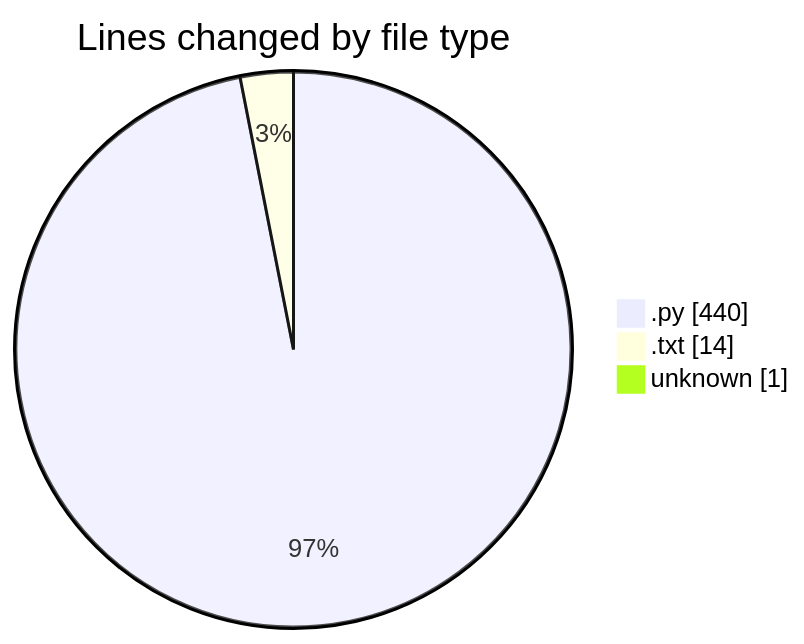
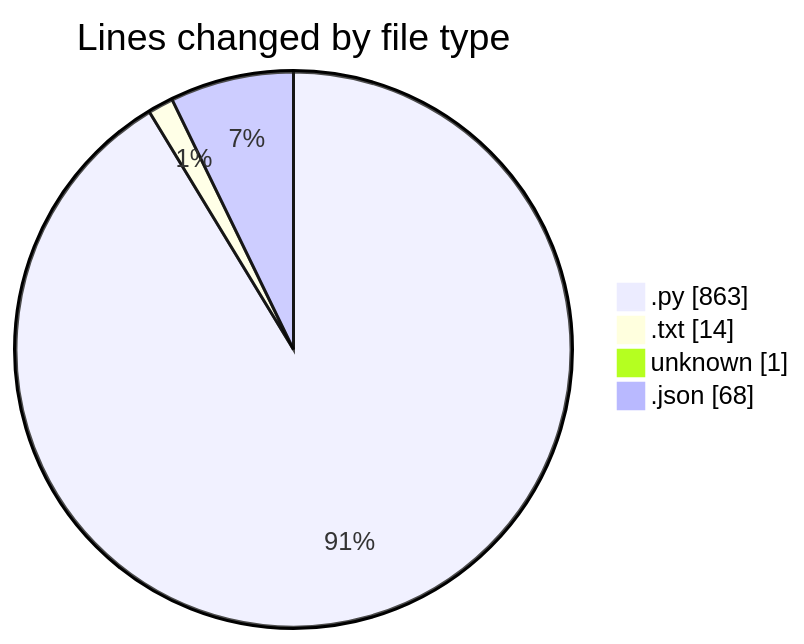
One commit to Unknowalive/code-tracking changed the first of 2 diagrams in 2026-07-03/researchlens/README.md. Above: the diagram before and after it, drawn with Mermaid. The commit also changed other lines of this file and 1 other file, not shown here.

````diff
--- a/2026-07-03/researchlens/README.md
+++ b/2026-07-03/researchlens/README.md
@@ -25,7 +32,8 @@
 ```mermaid
 pie showData
 title Lines changed by file type
-".py" : 440
+".py" : 863
 ".txt" : 14
 "unknown" : 1
+".json" : 68
 ```
````
